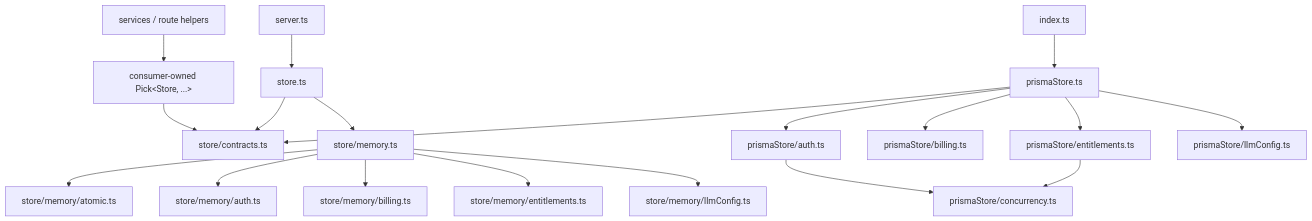
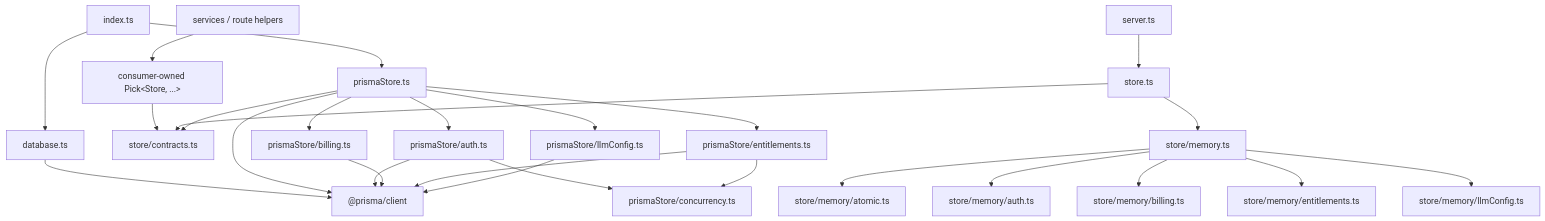
The diagram in docs/design-docs/2026-07-23-server-store-prisma-module-split.md (jiabai/FrameQ), drawn with Mermaid before and after one commit. The commit also changed other lines of this file and 4 other files, not shown here.

````diff
--- a/docs/design-docs/2026-07-23-server-store-prisma-module-split.md
+++ b/docs/design-docs/2026-07-23-server-store-prisma-module-split.md
@@ -293,21 +295,28 @@
 ```mermaid
 flowchart TD
   Index["index.ts"] --> PrismaRoot["prismaStore.ts"]
+  Index --> Database["database.ts"]
+  Database --> PrismaSdk["@prisma/client"]
   Server["server.ts"] --> ContractRoot["store.ts"]
   Consumers["services / route helpers"] --> Narrow["consumer-owned Pick&lt;Store, ...&gt;"]
   Narrow --> Contracts["store/contracts.ts"]
   ContractRoot --> Contracts
   ContractRoot --> MemoryRoot["store/memory.ts"]
   PrismaRoot --> Contracts
   PrismaRoot --> PrismaAuth["prismaStore/auth.ts"]
   PrismaRoot --> PrismaBilling["prismaStore/billing.ts"]
   PrismaRoot --> PrismaEntitlements["prismaStore/entitlements.ts"]
   PrismaRoot --> PrismaConfig["prismaStore/llmConfig.ts"]
+  PrismaRoot --> PrismaSdk
+  PrismaAuth --> PrismaSdk
+  PrismaBilling --> PrismaSdk
+  PrismaEntitlements --> PrismaSdk
+  PrismaConfig --> PrismaSdk
   PrismaAuth --> Concurrency["prismaStore/concurrency.ts"]
   PrismaEntitlements --> Concurrency
   MemoryRoot --> Atomic["store/memory/atomic.ts"]
   MemoryRoot --> MemoryAuth["store/memory/auth.ts"]
   MemoryRoot --> MemoryBilling["store/memory/billing.ts"]
   MemoryRoot --> MemoryEntitlements["store/memory/entitlements.ts"]
   MemoryRoot --> MemoryConfig["store/memory/llmConfig.ts"]
 ```
````
